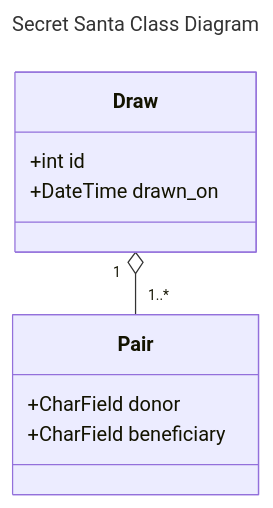
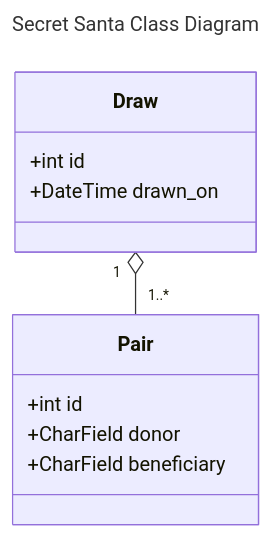
Before and after one commit to LucDachary/akeneo-secret-santa: the diagram in README.md, drawn with Mermaid. The commit also changed other lines of this file, not shown here.

````diff
--- a/README.md
+++ b/README.md
@@ -25,15 +26,16 @@
 ```mermaid
 ---
 title: Secret Santa Class Diagram
 ---
 classDiagram
     class Draw
     Draw: +int id
     Draw: +DateTime drawn_on
 
     class Pair
+    Pair: +int id
     Pair: +CharField donor
     Pair: +CharField beneficiary
 
     Draw "1" o-- "1..*" Pair
 ```
````
